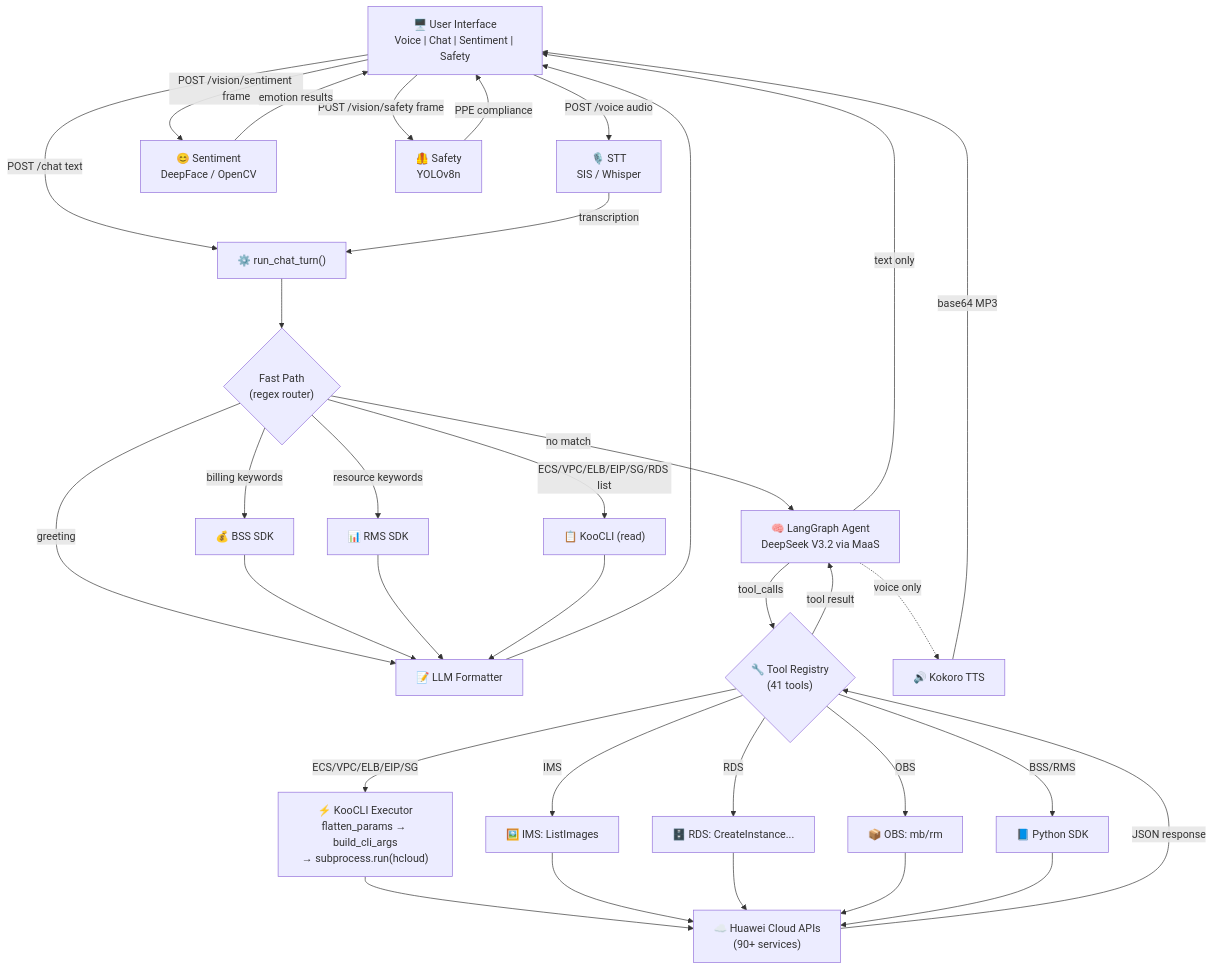
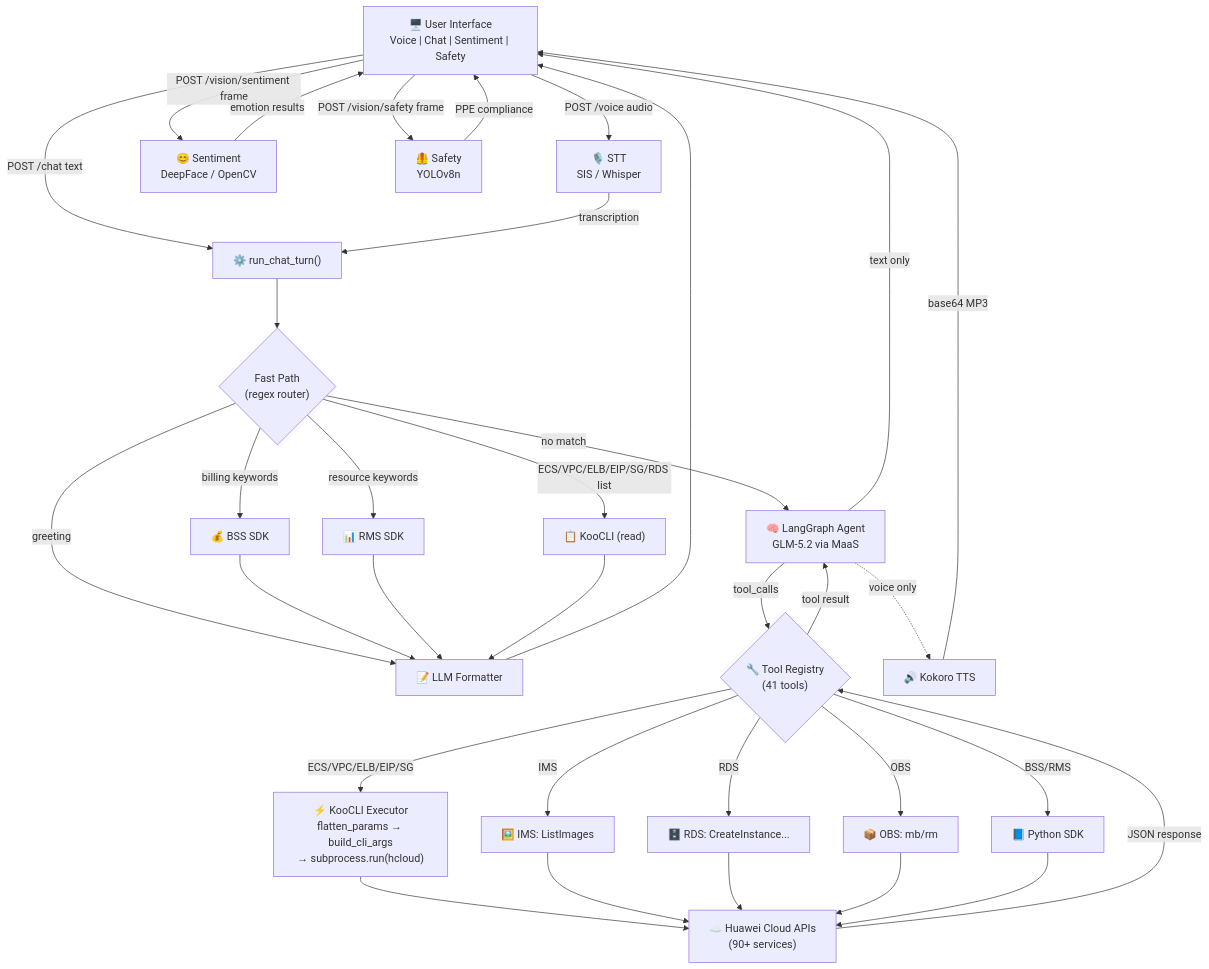
The first of 5 diagrams in README.md (mcastiblancoa/Huawei-Cloud-Smart-Assistant), drawn with Mermaid before and after one commit. The commit also changed other lines of this file and 12 other files, not shown here.

````diff
--- a/README.md
+++ b/README.md
@@ -12,46 +12,46 @@
 ```mermaid
 graph TD
     UI["🖥️ User Interface<br/>Voice | Chat | Sentiment | Safety"]
     UI -->|POST /voice audio| STT["🎙️ STT<br/>SIS / Whisper"]
     UI -->|POST /chat text| ORCH
     UI -->|POST /vision/sentiment frame| SENT["😊 Sentiment<br/>DeepFace / OpenCV"]
     UI -->|POST /vision/safety frame| SAFE["🦺 Safety<br/>YOLOv8n"]
     STT -->|transcription| ORCH
     SENT -->|emotion results| UI
     SAFE -->|PPE compliance| UI
 
     ORCH["⚙️ run_chat_turn()"]
     ORCH --> FP{"Fast Path<br/>(regex router)"}
     FP -->|greeting| RESP["📝 LLM Formatter"]
     FP -->|billing keywords| BSS["💰 BSS SDK"]
     FP -->|resource keywords| RMS["📊 RMS SDK"]
     FP -->|ECS/VPC/ELB/EIP/SG/RDS list| KOOCLI_LIST["📋 KooCLI (read)"]
     FP -->|no match| LG
 
     BSS --> RESP
     RMS --> RESP
     KOOCLI_LIST --> RESP
     RESP --> UI
 
-    LG["🧠 LangGraph Agent<br/>DeepSeek V3.2 via MaaS"]
+    LG["🧠 LangGraph Agent<br/>GLM-5.2 via MaaS"]
     LG -->|tool_calls| TOOLS
     LG -->|text only| UI
 
     TOOLS{"🔧 Tool Registry<br/>(41 tools)"}
     TOOLS -->|ECS/VPC/ELB/EIP/SG| KOOCLI["⚡ KooCLI Executor<br/>flatten_params → build_cli_args<br/>→ subprocess.run(hcloud)"]
     TOOLS -->|IMS| IMS["🖼️ IMS: ListImages"]
     TOOLS -->|RDS| RDS["🗄️ RDS: CreateInstance..."]
     TOOLS -->|OBS| OBS["📦 OBS: mb/rm"]
     TOOLS -->|BSS/RMS| SDK["📘 Python SDK"]
 
     KOOCLI --> CLOUD["☁️ Huawei Cloud APIs<br/>(90+ services)"]
     IMS --> CLOUD
     RDS --> CLOUD
     OBS --> CLOUD
     SDK --> CLOUD
     CLOUD -->|JSON response| TOOLS
     TOOLS -->|tool result| LG
 
     LG -.->|voice only| TTS["🔊 Kokoro TTS"]
     TTS -->|base64 MP3| UI
 ```
````
